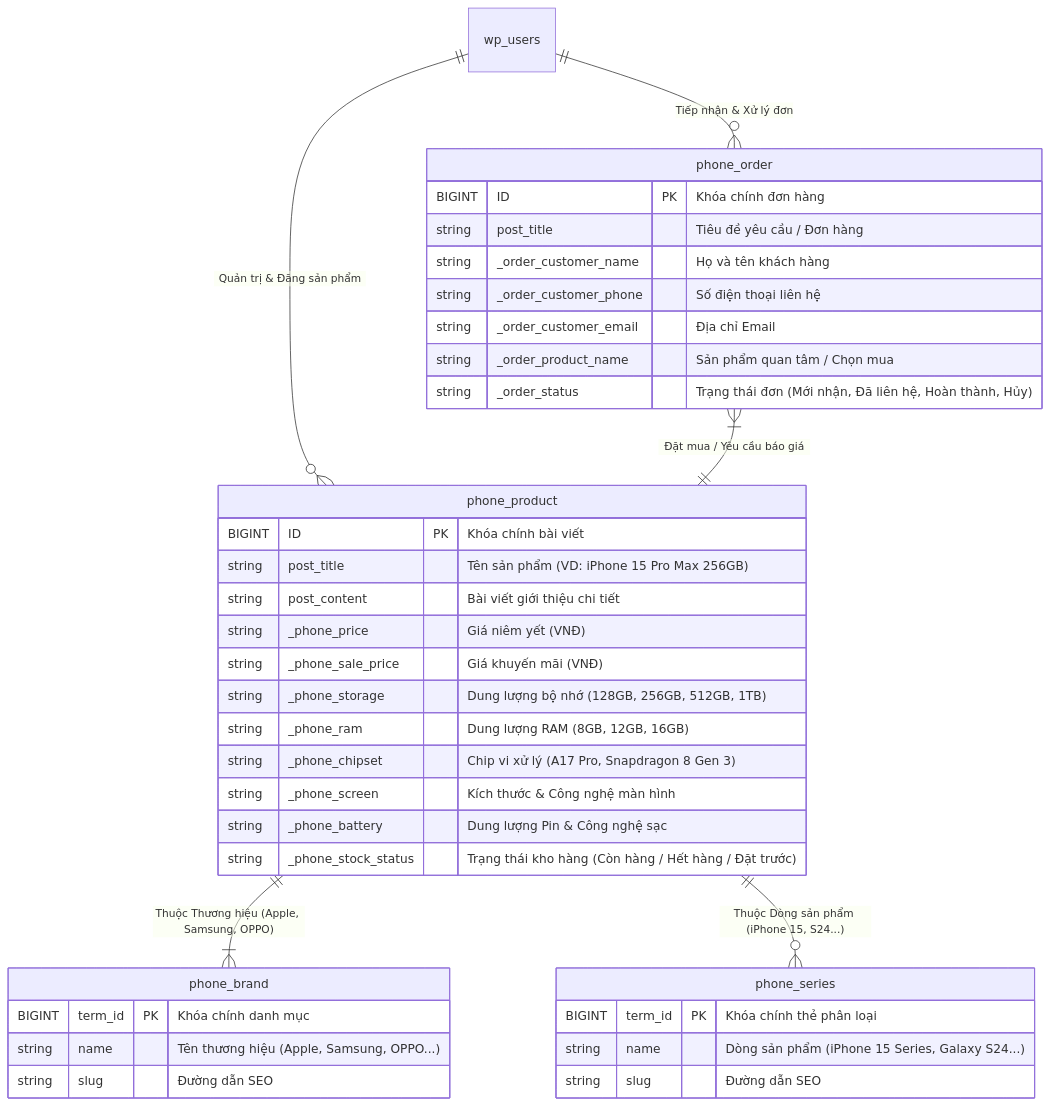
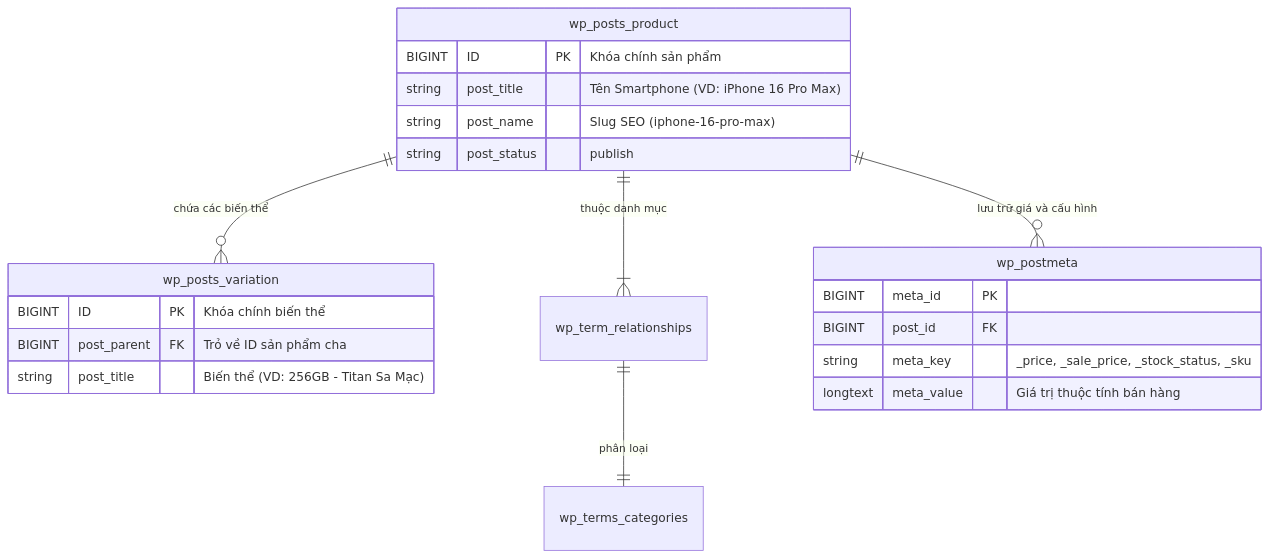
The diagram in README.md (Adui99/KTD_Wordpress_Ecommerce), drawn with Mermaid before and after one commit. The commit also changed other lines of this file and 36 other files, not shown here.

````diff
--- a/README.md
+++ b/README.md
@@ -25,46 +36,27 @@
 ```mermaid
 erDiagram
-    wp_users ||--o{ phone_product : "Quản trị & Đăng sản phẩm"
-    wp_users ||--o{ phone_order : "Tiếp nhận & Xử lý đơn"
+    wp_posts_product ||--o{ wp_posts_variation : "chứa các biến thể"
+    wp_posts_product ||--|{ wp_term_relationships : "thuộc danh mục"
+    wp_term_relationships ||--|| wp_terms_categories : "phân loại"
+    wp_posts_product ||--o{ wp_postmeta : "lưu trữ giá và cấu hình"
 
-    phone_product ||--|{ phone_brand : "Thuộc Thương hiệu (Apple, Samsung, OPPO)"
-    phone_product ||--o{ phone_series : "Thuộc Dòng sản phẩm (iPhone 15, S24...)"
-    
-    phone_order }|--|| phone_product : "Đặt mua / Yêu cầu báo giá"
-
-    phone_product {
-        BIGINT ID PK "Khóa chính bài viết"
-        string post_title "Tên sản phẩm (VD: iPhone 15 Pro Max 256GB)"
-        string post_content "Bài viết giới thiệu chi tiết"
-        string _phone_price "Giá niêm yết (VNĐ)"
-        string _phone_sale_price "Giá khuyến mãi (VNĐ)"
-        string _phone_storage "Dung lượng bộ nhớ (128GB, 256GB, 512GB, 1TB)"
-        string _phone_ram "Dung lượng RAM (8GB, 12GB, 16GB)"
-        string _phone_chipset "Chip vi xử lý (A17 Pro, Snapdragon 8 Gen 3)"
-        string _phone_screen "Kích thước & Công nghệ màn hình"
-        string _phone_battery "Dung lượng Pin & Công nghệ sạc"
-        string _phone_stock_status "Trạng thái kho hàng (Còn hàng / Hết hàng / Đặt trước)"
+    wp_posts_product {
+        BIGINT ID PK "Khóa chính sản phẩm"
+        string post_title "Tên Smartphone (VD: iPhone 16 Pro Max)"
+        string post_name "Slug SEO (iphone-16-pro-max)"
+        string post_status "publish"
     }
 
-    phone_brand {
-        BIGINT term_id PK "Khóa chính danh mục"
-        string name "Tên thương hiệu (Apple, Samsung, OPPO...)"
-        string slug "Đường dẫn SEO"
+    wp_posts_variation {
+        BIGINT ID PK "Khóa chính biến thể"
+        BIGINT post_parent FK "Trỏ về ID sản phẩm cha"
+        string post_title "Biến thể (VD: 256GB - Titan Sa Mạc)"
     }
 
-    phone_series {
-        BIGINT term_id PK "Khóa chính thẻ phân loại"
-        string name "Dòng sản phẩm (iPhone 15 Series, Galaxy S24...)"
-        string slug "Đường dẫn SEO"
-    }
-
-    phone_order {
-        BIGINT ID PK "Khóa chính đơn hàng"
-        string post_title "Tiêu đề yêu cầu / Đơn hàng"
-        string _order_customer_name "Họ và tên khách hàng"
-        string _order_customer_phone "Số điện thoại liên hệ"
-        string _order_customer_email "Địa chỉ Email"
-        string _order_product_name "Sản phẩm quan tâm / Chọn mua"
-        string _order_status "Trạng thái đơn (Mới nhận, Đã liên hệ, Hoàn thành, Hủy)"
+    wp_postmeta {
+        BIGINT meta_id PK
+        BIGINT post_id FK
+        string meta_key "_price, _sale_price, _stock_status, _sku"
+        longtext meta_value "Giá trị thuộc tính bán hàng"
     }
 ```
````
